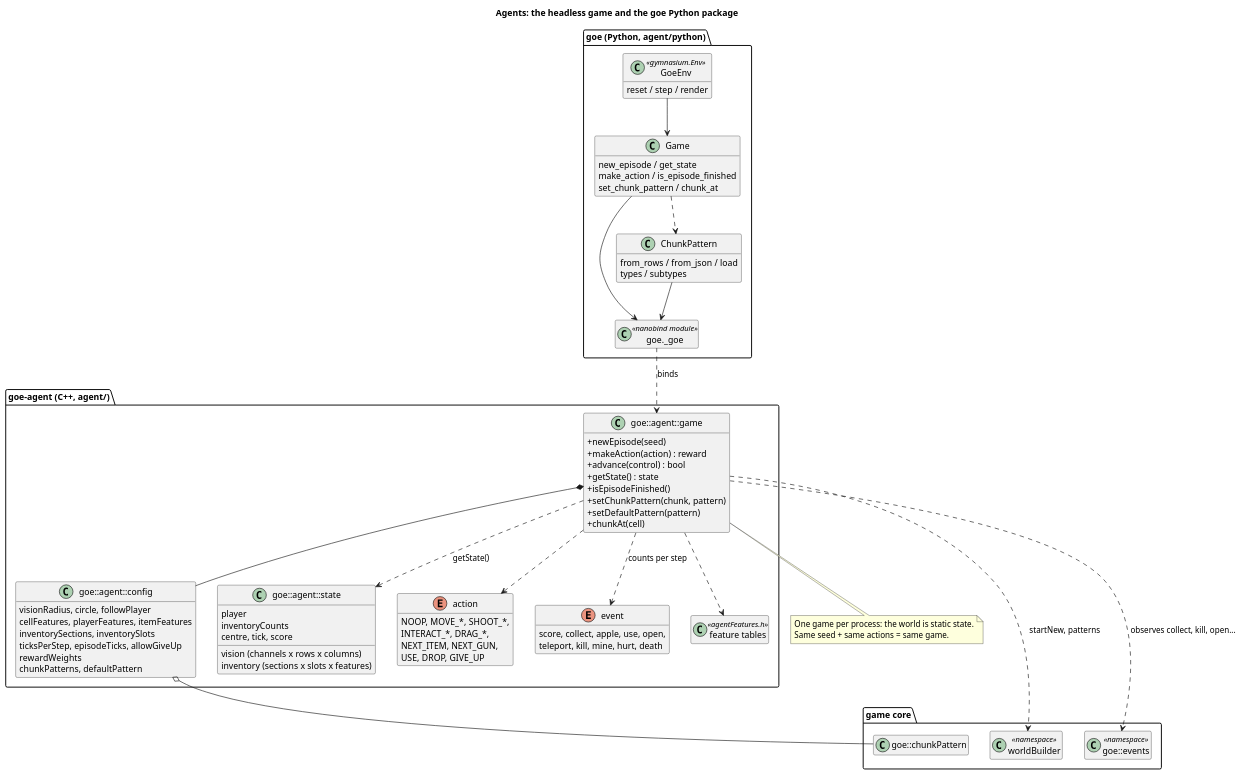
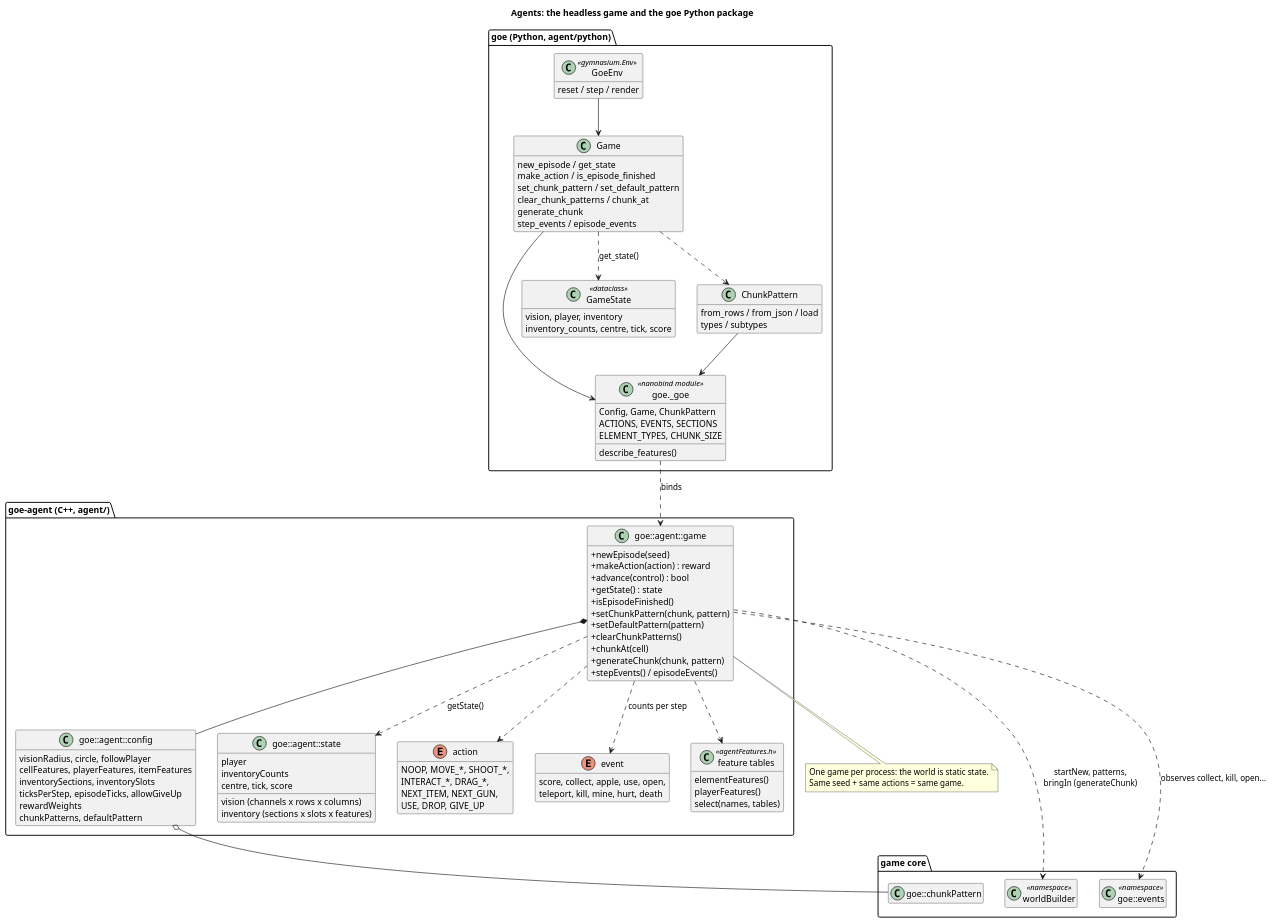
Before and after one commit to arielkonopka/Gardens-of-Eris: the diagram in docs/diagrams/04-agent-classes.puml, drawn with PlantUML. The commit also changed 33 other files, not shown here.

First line of the commit message:
Class docs in docs/classes, diagrams brought up to date, old documents removed

```diff
--- a/docs/diagrams/04-agent-classes.puml
+++ b/docs/diagrams/04-agent-classes.puml
@@ -1,82 +1,102 @@
 @startuml
 title Agents: the headless game and the goe Python package
 skinparam classAttributeIconSize 0
 hide empty members
 
 package "goe-agent (C++, agent/)" {
   class "goe::agent::game" as game {
     +newEpisode(seed)
     +makeAction(action) : reward
     +advance(control) : bool
     +getState() : state
     +isEpisodeFinished()
     +setChunkPattern(chunk, pattern)
     +setDefaultPattern(pattern)
+    +clearChunkPatterns()
     +chunkAt(cell)
+    +generateChunk(chunk, pattern)
+    +stepEvents() / episodeEvents()
   }
   class "goe::agent::config" as config {
     visionRadius, circle, followPlayer
     cellFeatures, playerFeatures, itemFeatures
     inventorySections, inventorySlots
     ticksPerStep, episodeTicks, allowGiveUp
     rewardWeights
     chunkPatterns, defaultPattern
   }
   class "goe::agent::state" as state {
     vision (channels x rows x columns)
     player
     inventory (sections x slots x features)
     inventoryCounts
     centre, tick, score
   }
   enum action {
     NOOP, MOVE_*, SHOOT_*,
     INTERACT_*, DRAG_*,
     NEXT_ITEM, NEXT_GUN,
     USE, DROP, GIVE_UP
   }
   enum event {
     score, collect, apple, use, open,
     teleport, kill, mine, hurt, death
   }
-  class "feature tables" as features <<agentFeatures.h>>
+  class "feature tables" as features <<agentFeatures.h>> {
+    elementFeatures()
+    playerFeatures()
+    select(names, tables)
+  }
 }
 package "goe (Python, agent/python)" {
-  class "goe._goe" as native <<nanobind module>>
+  class "goe._goe" as native <<nanobind module>> {
+    Config, Game, ChunkPattern
+    ACTIONS, EVENTS, SECTIONS
+    ELEMENT_TYPES, CHUNK_SIZE
+    describe_features()
+  }
   class Game {
     new_episode / get_state
     make_action / is_episode_finished
-    set_chunk_pattern / chunk_at
+    set_chunk_pattern / set_default_pattern
+    clear_chunk_patterns / chunk_at
+    generate_chunk
+    step_events / episode_events
+  }
+  class GameState <<dataclass>> {
+    vision, player, inventory
+    inventory_counts, centre, tick, score
   }
   class GoeEnv <<gymnasium.Env>> {
     reset / step / render
   }
   class ChunkPattern {
     from_rows / from_json / load
     types / subtypes
   }
 }
 package "game core" {
   class worldBuilder <<namespace>>
   class "goe::events" as events <<namespace>>
   class "goe::chunkPattern" as chunkPattern
 }
 
 game *-- config
 game ..> state : getState()
 game ..> action
 game ..> event : counts per step
 game ..> features
-game ..> worldBuilder : startNew, patterns
+game ..> worldBuilder : startNew, patterns,\nbringIn (generateChunk)
 game ..> events : observes collect, kill, open...
 config o-- chunkPattern
 native ..> game : binds
 Game --> native
+Game ..> GameState : get_state()
 GoeEnv --> Game
 ChunkPattern --> native
 Game ..> ChunkPattern
 note bottom of game
   One game per process: the world is static state.
   Same seed + same actions = same game.
 end note
 @enduml
```
